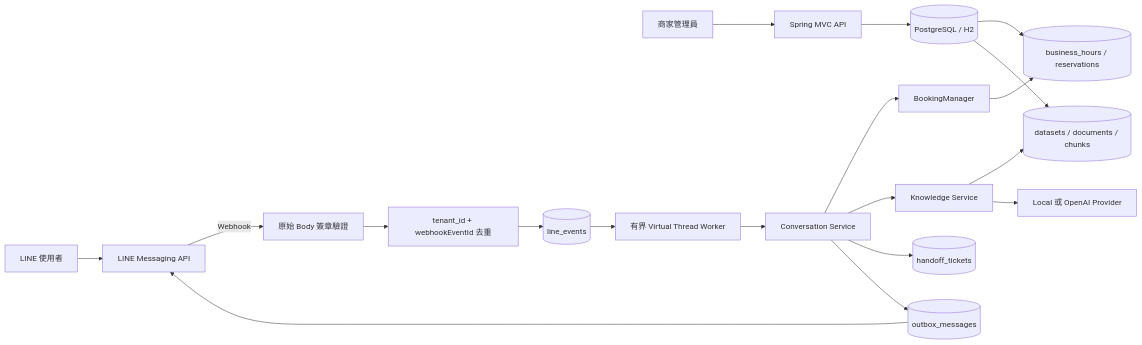
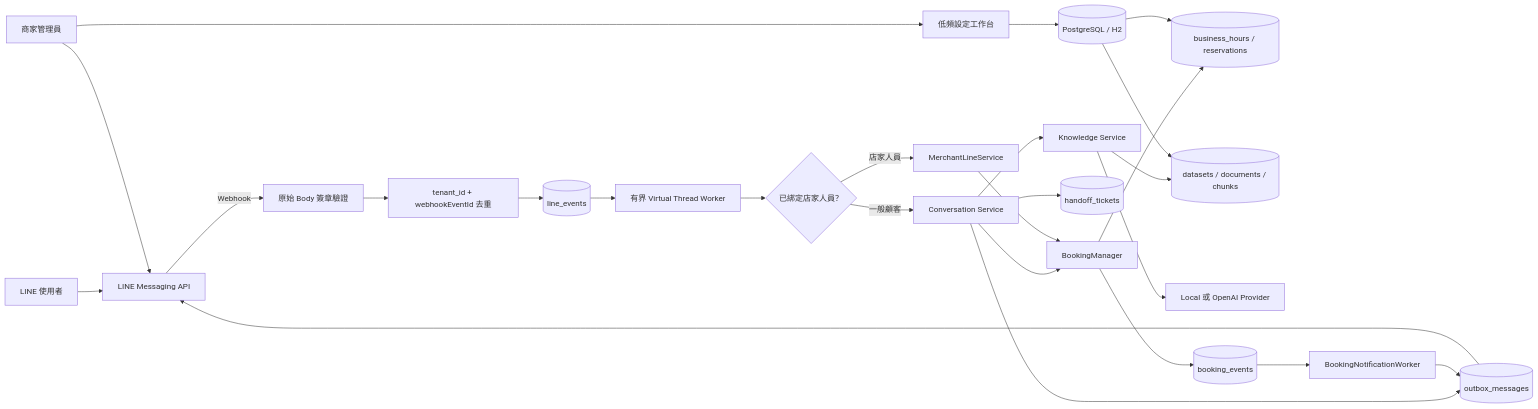
The diagram in docs/architecture.md (Luzhe1002/Line-AI-Bot), drawn with Mermaid before and after one commit. The commit also changed other lines of this file and 30 other files, not shown here.

Commit message:
Add LINE merchant booking management

````diff
--- a/docs/architecture.md
+++ b/docs/architecture.md
@@ -20,26 +20,34 @@
 ```mermaid
 flowchart LR
     USER["LINE 使用者"] --> LINE["LINE Messaging API"]
-    ADMIN["商家管理員"] --> API["Spring MVC API"]
+    ADMIN["商家管理員"] --> PORTAL["低頻設定工作台"]
+    ADMIN --> LINE
 
     LINE -->|Webhook| VERIFY["原始 Body 簽章驗證"]
     VERIFY --> DEDUPE["tenant_id + webhookEventId 去重"]
     DEDUPE --> EVENTS[("line_events")]
     EVENTS --> WORKER["有界 Virtual Thread Worker"]
 
-    WORKER --> ORCH["Conversation Service"]
+    WORKER --> STAFF_ROUTE{"已綁定店家人員？"}
+    STAFF_ROUTE -->|"一般顧客"| ORCH["Conversation Service"]
+    STAFF_ROUTE -->|"店家人員"| STAFF_COMMAND["MerchantLineService"]
     ORCH --> BOOKING["BookingManager"]
     ORCH --> KNOWLEDGE["Knowledge Service"]
     ORCH --> HANDOFF[("handoff_tickets")]
 
     BOOKING --> RESERVATIONS[("business_hours / reservations")]
     KNOWLEDGE --> CHUNKS[("datasets / documents / chunks")]
     KNOWLEDGE --> PROVIDER["Local 或 OpenAI Provider"]
 
     ORCH --> OUTBOX[("outbox_messages")]
     OUTBOX --> LINE
 
-    API --> TENANT[("PostgreSQL / H2")]
+    STAFF_COMMAND --> BOOKING
+    BOOKING --> BOOKING_EVENTS[("booking_events")]
+    BOOKING_EVENTS --> NOTIFY["BookingNotificationWorker"]
+    NOTIFY --> OUTBOX
+
+    PORTAL --> TENANT[("PostgreSQL / H2")]
     TENANT --> RESERVATIONS
     TENANT --> CHUNKS
 ```
````
